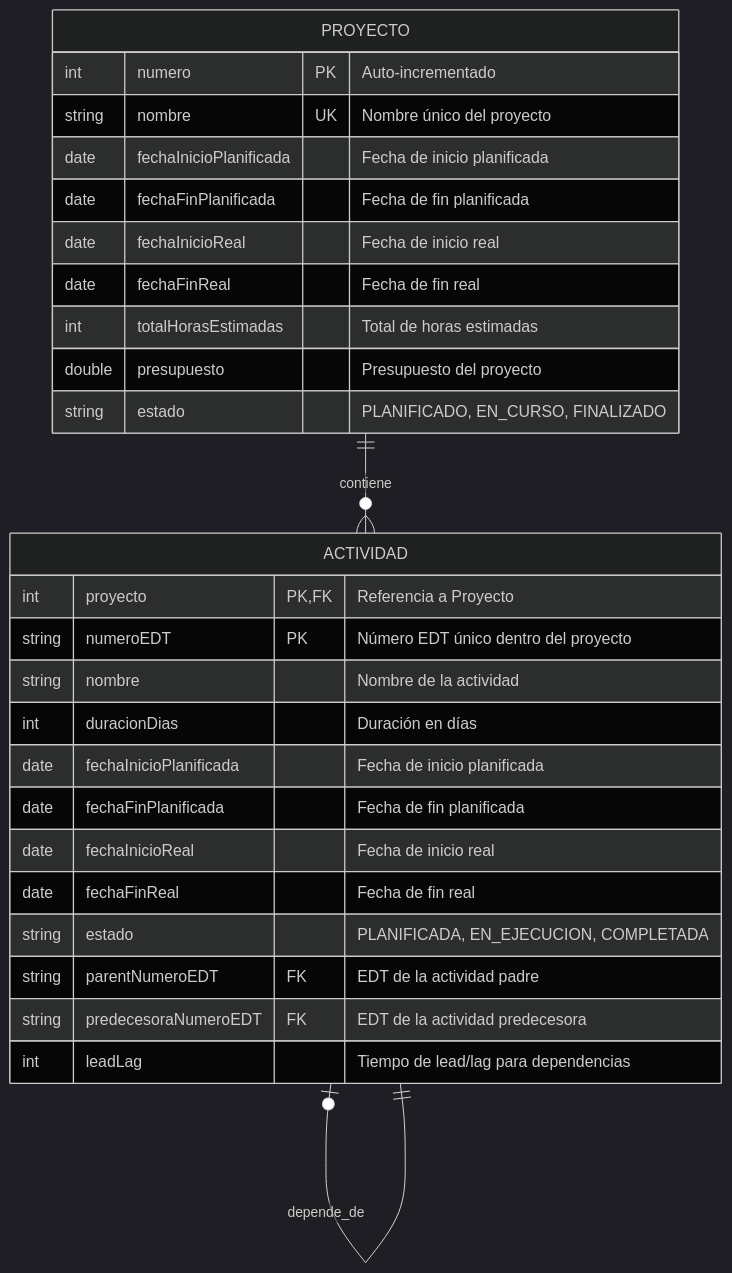
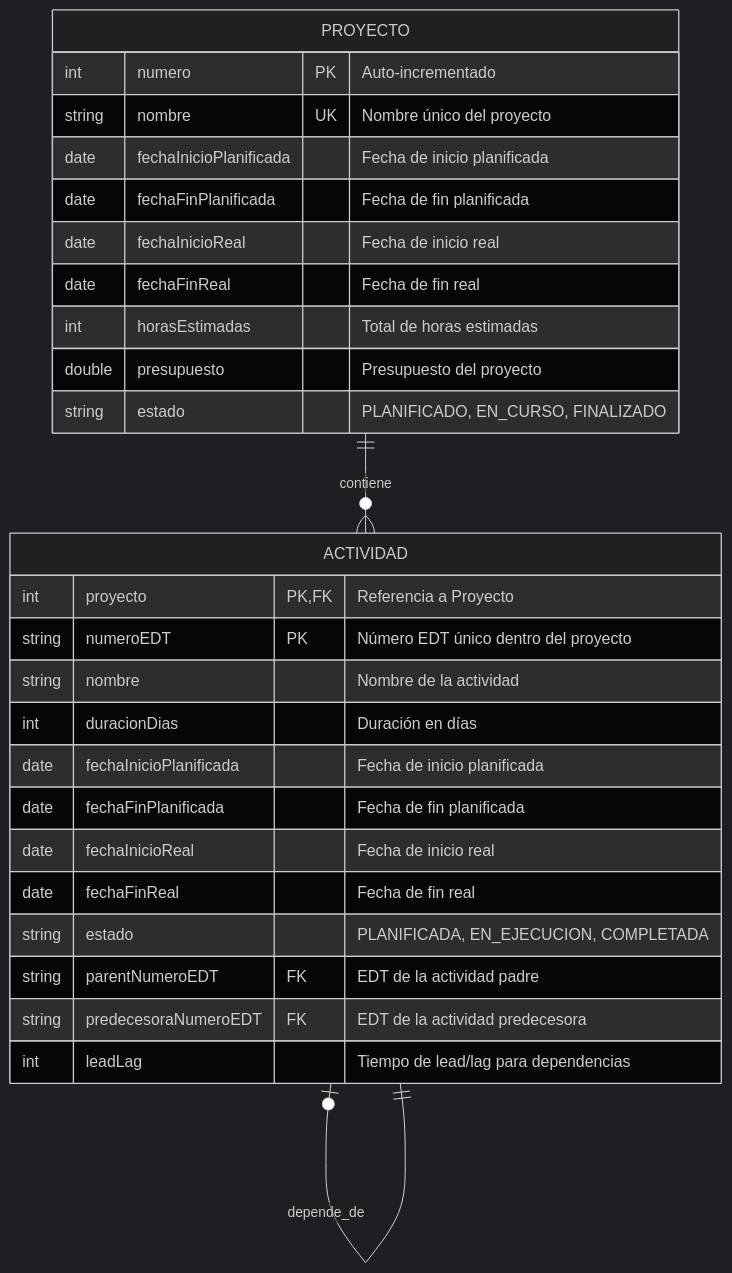
One commit to Valentino-Carmona/PMTool changed the diagram in docs/bd.md. Above: the diagram before and after it, drawn with Mermaid (dark theme). The commit also changed 2 other files, not shown here.

Commit message:
docs: Improved consistency

````diff
--- a/docs/bd.md
+++ b/docs/bd.md
@@ -5,33 +5,33 @@
 ```mermaid
 erDiagram
     PROYECTO {
         int numero PK "Auto-incrementado"
         string nombre UK "Nombre único del proyecto"
         date fechaInicioPlanificada "Fecha de inicio planificada"
         date fechaFinPlanificada "Fecha de fin planificada"
         date fechaInicioReal "Fecha de inicio real"
         date fechaFinReal "Fecha de fin real"
-        int totalHorasEstimadas "Total de horas estimadas"
+        int horasEstimadas "Total de horas estimadas"
         double presupuesto "Presupuesto del proyecto"
         string estado "PLANIFICADO, EN_CURSO, FINALIZADO"
     }
     
     ACTIVIDAD {
         int proyecto PK,FK "Referencia a Proyecto"
         string numeroEDT PK "Número EDT único dentro del proyecto"
         string nombre "Nombre de la actividad"
         int duracionDias "Duración en días"
         date fechaInicioPlanificada "Fecha de inicio planificada"
         date fechaFinPlanificada "Fecha de fin planificada"
         date fechaInicioReal "Fecha de inicio real"
         date fechaFinReal "Fecha de fin real"
         string estado "PLANIFICADA, EN_EJECUCION, COMPLETADA"
         string parentNumeroEDT FK "EDT de la actividad padre"
         string predecesoraNumeroEDT FK "EDT de la actividad predecesora"
         int leadLag "Tiempo de lead/lag para dependencias"
     }
     
     PROYECTO ||--o{ ACTIVIDAD : "contiene"
     ACTIVIDAD ||--o{ ACTIVIDAD : "tiene_subactividad"
     ACTIVIDAD |o--|| ACTIVIDAD : "depende_de"
 ```
````
